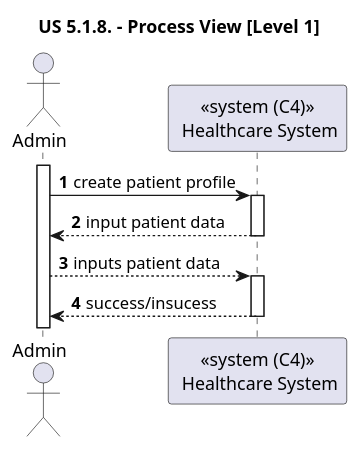
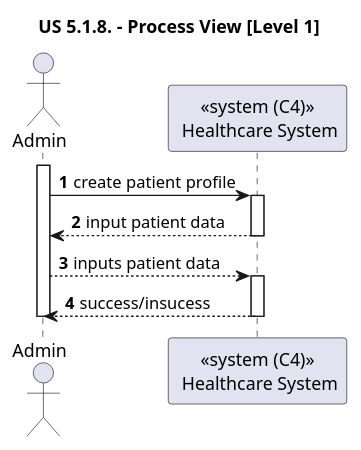
One commit to rita-barbosa/LAPR5-2425 changed the diagram in docs/sprint-1/1220841/us-5.1.8/diagrams/level-1-process-view.puml. Above: the diagram before and after it, drawn with PlantUML. The commit also changed 3 other files, not shown here.

Commit message:
DG38-72 | docs: updates process view diagrams.

```diff
--- a/docs/sprint-1/1220841/us-5.1.8/diagrams/level-1-process-view.puml
+++ b/docs/sprint-1/1220841/us-5.1.8/diagrams/level-1-process-view.puml
@@ -1,23 +1,24 @@
 @startuml
 
 title "US 5.1.8. - Process View [Level 1]"
 
 autonumber
 
 actor Admin as ADM
 participant "<<system (C4)>>\n Healthcare System" as SYS
 
 activate ADM
 ADM -> SYS : create patient profile
 activate SYS
 
 SYS --> ADM :  input patient data
 deactivate SYS
 
 ADM --> SYS : inputs patient data
 activate SYS
 
 SYS --> ADM : success/insucess
 deactivate SYS
+deactivate ADM
 
 @enduml
```
